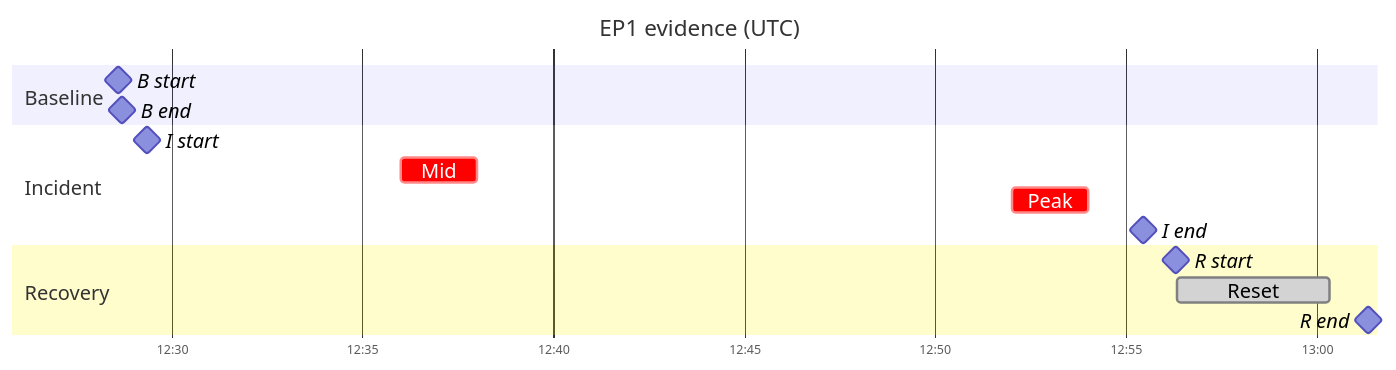
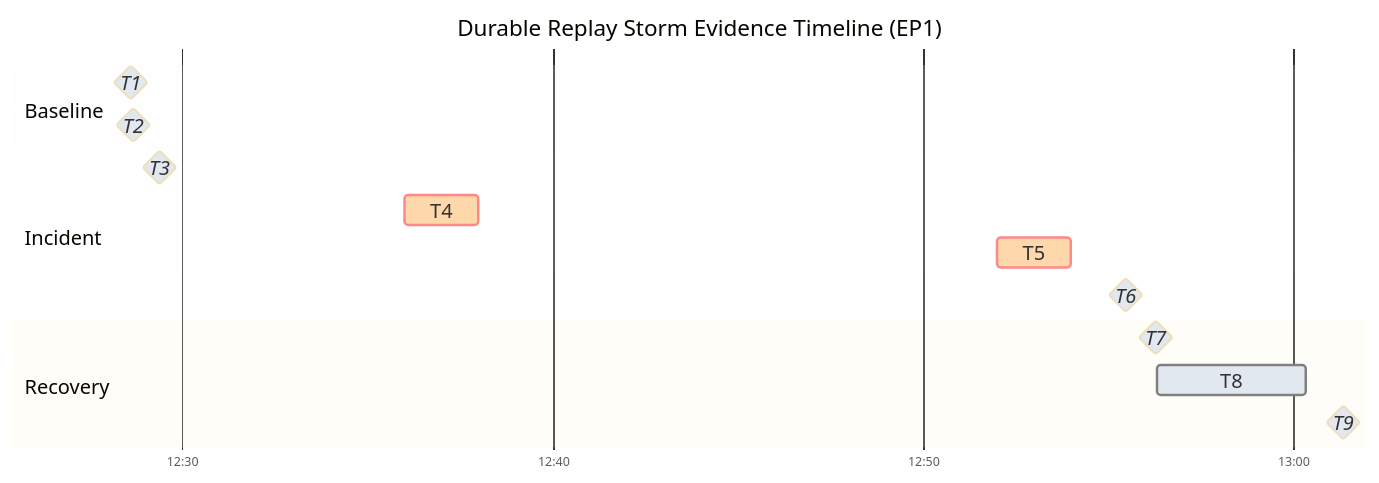
Before and after one commit to yeongseon/azure-functions-practical-guide: the sixth of 6 diagrams in docs/troubleshooting/lab-guides/durable-replay-storm.md, drawn with Mermaid. The commit also changed other lines of this file and 1 other file, not shown here.

First line of the commit message:
docs(diagrams): improve replay timeline legibility in both palettes

````diff
--- a/docs/troubleshooting/lab-guides/durable-replay-storm.md
+++ b/docs/troubleshooting/lab-guides/durable-replay-storm.md
@@ -927,21 +936,22 @@
 ```mermaid
-%%{init: {"gantt": {"fontSize": 16, "sectionFontSize": 16, "leftPadding": 85, "rightPadding": 15}}}%%
+%%{init: {"gantt":{"fontSize":16,"sectionFontSize":16,"leftPadding":95,"rightPadding":35,"barHeight":24,"barGap":10},"theme":"base","themeVariables":{"doneTaskBkgColor":"#e2e8f0","critBkgColor":"#fed7aa","taskBkgColor":"#e2e8f0"},"themeCSS":".grid .tick text{font-size:16px;fill:var(--md-default-fg-color);} .section{opacity:0;} .titleText{font-size:14px;fill:var(--md-default-fg-color);} .sectionTitle{fill:var(--md-default-fg-color);} .taskTextOutsideLeft,.taskTextOutsideRight{fill:var(--md-default-fg-color)!important;} .taskText{fill:#14202e!important;}"}}%%
 gantt
     accTitle: Recorded EP1 evidence milestones
     accDescr: Historical UTC milestones and spans retain baseline, incident and recovery times, the approximately 356 and 641 millisecond incident bins, and the ContinueAsNew interval. Short keys expand immediately below; no new run or evidence certification is claimed.
-    title EP1 evidence (UTC)
+    title Durable Replay Storm Evidence Timeline (EP1)
     dateFormat  HH:mm:ss
     axisFormat  %H:%M
+    tickInterval 10minute
     section Baseline
-    B start :milestone, m1, 12:28:36, 0s
-    B end :milestone, m2, 12:28:41, 0s
+    T1 :milestone, m1, 12:28:36, 0s
+    T2 :milestone, m2, 12:28:41, 0s
     section Incident
-    I start :milestone, m3, 12:29:22, 0s
-    Mid :crit, i1, 12:36:00, 2m
-    Peak :crit, i2, 12:52:00, 2m
-    I end :milestone, m4, 12:55:28, 0s
+    T3 :milestone, m3, 12:29:22, 0s
+    T4 :crit, i1, 12:36:00, 2m
+    T5 :crit, i2, 12:52:00, 2m
+    T6 :milestone, m4, 12:55:28, 0s
     section Recovery
-    R start :milestone, m5, 12:56:18, 0s
-    Reset :done, r1, 12:56:20, 4m
-    R end :milestone, m6, 13:01:21, 0s
+    T7 :milestone, m5, 12:56:18, 0s
+    T8 :done, r1, 12:56:20, 4m
+    T9 :milestone, m6, 13:01:21, 0s
 ```
````
